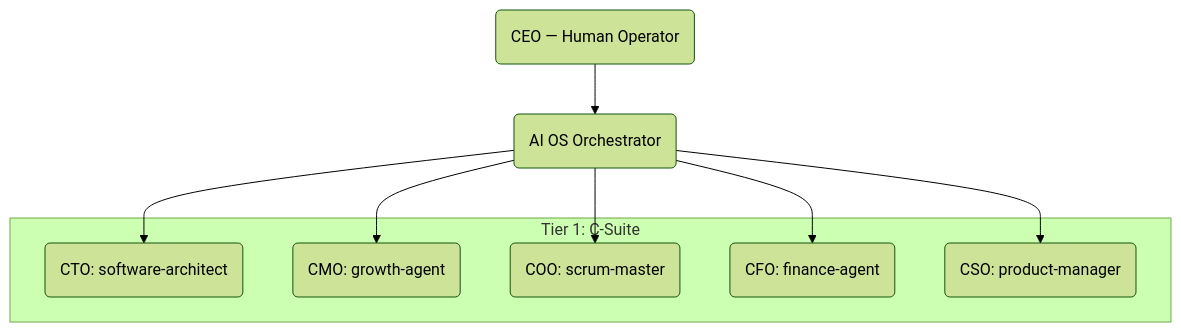
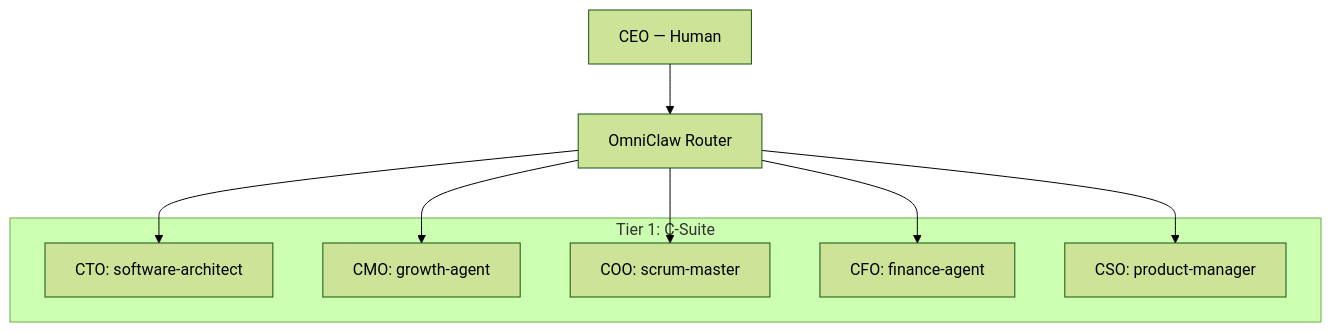
One commit to LongLeo287/OmniClaw changed the diagram in brain/corp/MASTER_INDEX.md. Above: the diagram before and after it, drawn with Mermaid (forest theme). The commit also changed other lines of this file, not shown here.

````diff
--- a/brain/corp/MASTER_INDEX.md
+++ b/brain/corp/MASTER_INDEX.md
@@ -14,16 +19,16 @@
 ```mermaid
 graph TD
-    CEO(CEO — Human Operator)
-    AOS(AI OS Orchestrator)
+    CEO["CEO — Human"]
+    AOS["OmniClaw Router"]
     
-    subgraph Executives [Tier 1: C-Suite]
-        CTO(CTO: software-architect)
-        CMO(CMO: growth-agent)
-        COO(COO: scrum-master)
-        CFO(CFO: finance-agent)
-        CSO(CSO: product-manager)
+    subgraph Executives ["Tier 1: C-Suite"]
+        CTO["CTO: software-architect"]
+        CMO["CMO: growth-agent"]
+        COO["COO: scrum-master"]
+        CFO["CFO: finance-agent"]
+        CSO["CSO: product-manager"]
     end
 
     CEO --> AOS
     AOS --> CTO & CMO & COO & CFO & CSO
 ```
````
